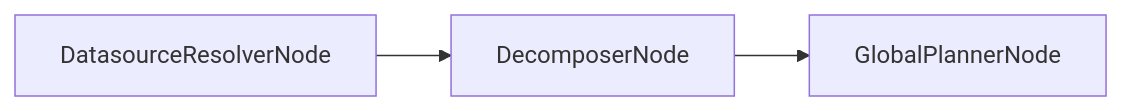
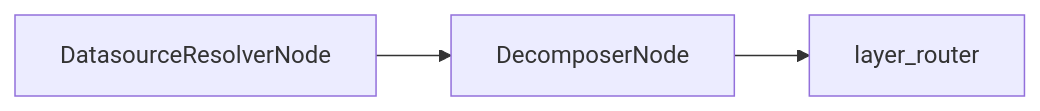
Before and after one commit to nadeem4/nl2sql: the diagram in docs/architecture/nodes/decomposer_node.md, drawn with Mermaid. The commit also changed other lines of this file and 40 other files, not shown here.

````diff
--- a/docs/architecture/nodes/decomposer_node.md
+++ b/docs/architecture/nodes/decomposer_node.md
@@ -33,4 +34,4 @@
 ```mermaid
 flowchart LR
-    Resolver[DatasourceResolverNode] --> Decomposer[DecomposerNode] --> Planner[GlobalPlannerNode]
+    Resolver[DatasourceResolverNode] --> Decomposer[DecomposerNode] --> Router[layer_router]
 ```
````
